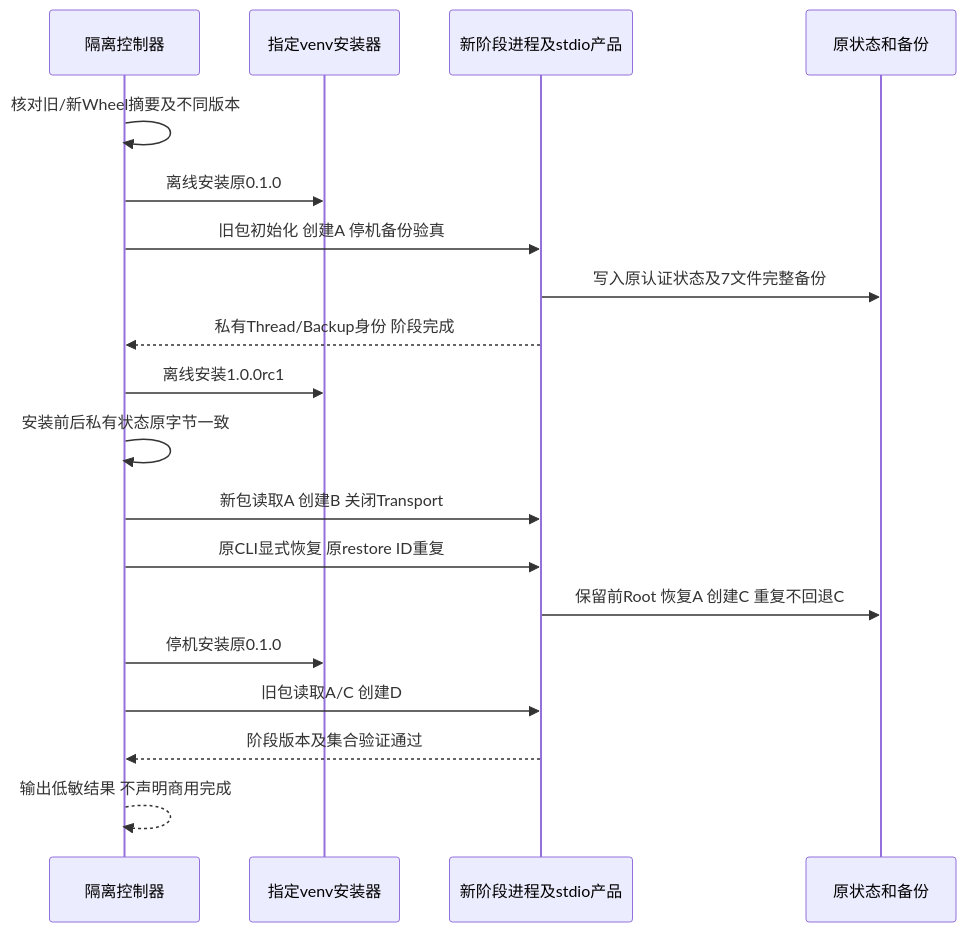
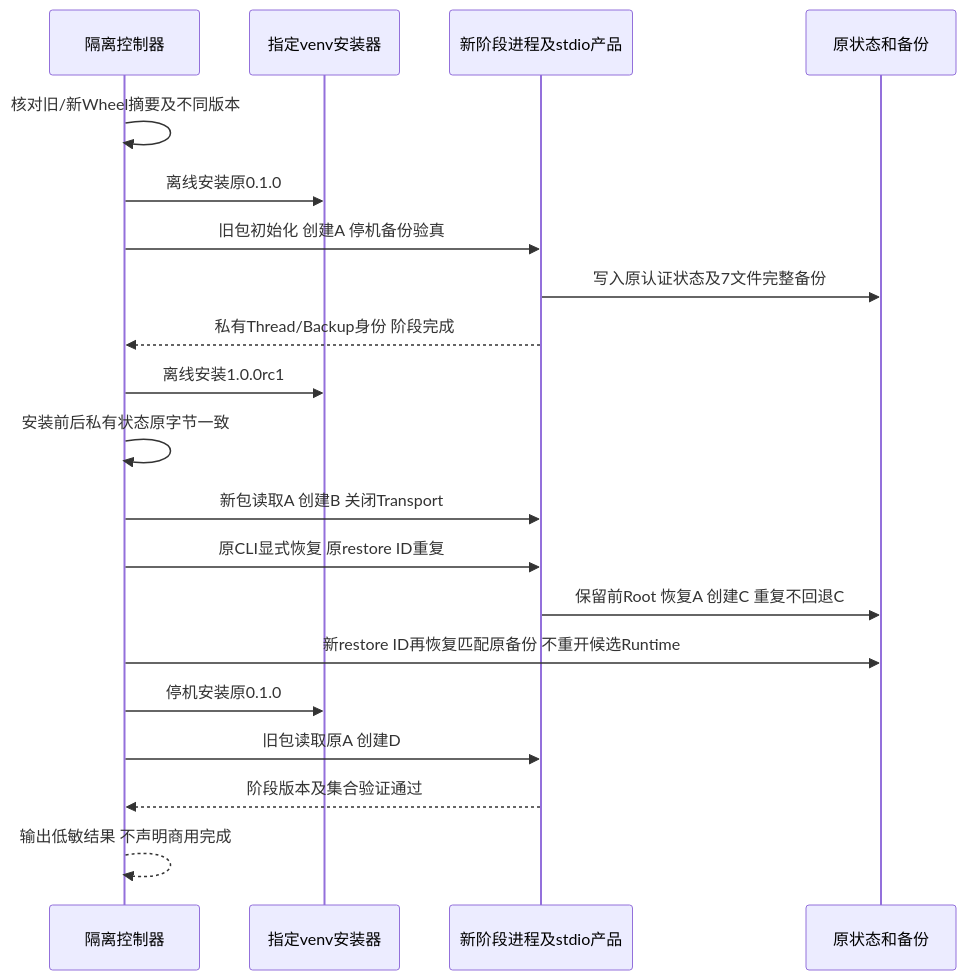
One commit to carrie1988/Harnessix changed the second of 3 diagrams in docs/changes/m09-r4-different-version-upgrade.md. Above: the diagram before and after it, drawn with Mermaid. The commit also changed other lines of this file and 8 other files, not shown here.

````diff
--- a/docs/changes/m09-r4-different-version-upgrade.md
+++ b/docs/changes/m09-r4-different-version-upgrade.md
@@ -73,21 +74,22 @@
 ```mermaid
 sequenceDiagram
     participant C as 隔离控制器
     participant I as 指定venv安装器
     participant P as 新阶段进程及stdio产品
     participant S as 原状态和备份
     C->>C: 核对旧/新Wheel摘要及不同版本
     C->>I: 离线安装原0.1.0
     C->>P: 旧包初始化 创建A 停机备份验真
     P->>S: 写入原认证状态及7文件完整备份
     P-->>C: 私有Thread/Backup身份 阶段完成
     C->>I: 离线安装1.0.0rc1
     C->>C: 安装前后私有状态原字节一致
     C->>P: 新包读取A 创建B 关闭Transport
     C->>P: 原CLI显式恢复 原restore ID重复
     P->>S: 保留前Root 恢复A 创建C 重复不回退C
+    C->>S: 新restore ID再恢复匹配原备份 不重开候选Runtime
     C->>I: 停机安装原0.1.0
-    C->>P: 旧包读取A/C 创建D
+    C->>P: 旧包读取原A 创建D
     P-->>C: 阶段版本及集合验证通过
     C-->>C: 输出低敏结果 不声明商用完成
 ```
````
